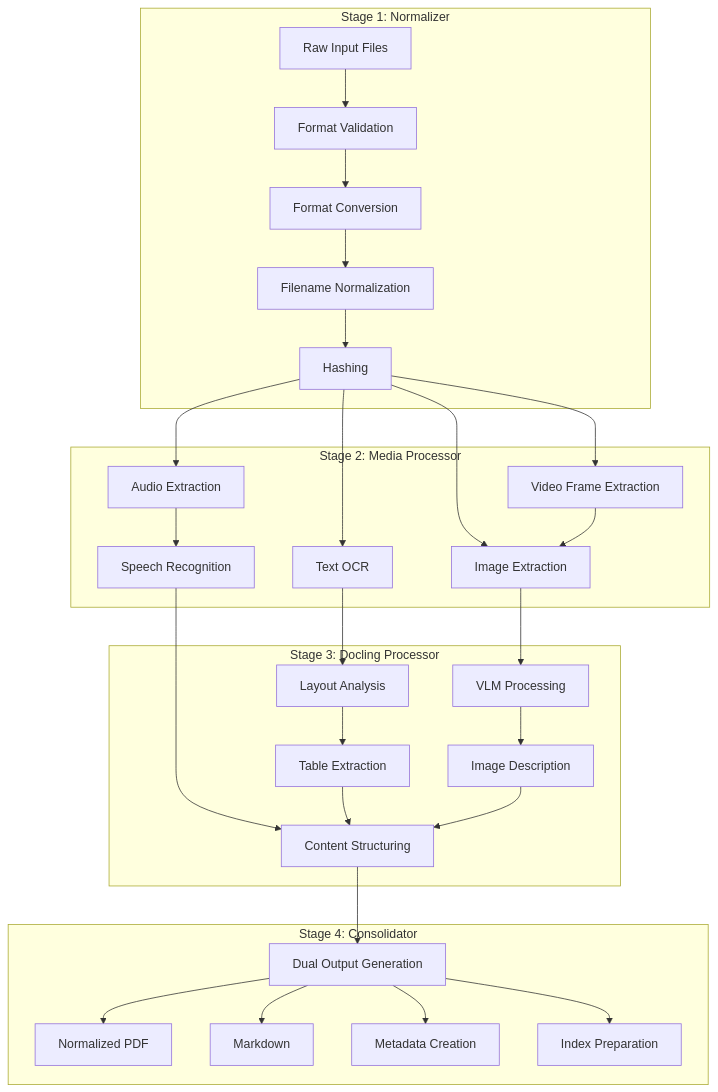
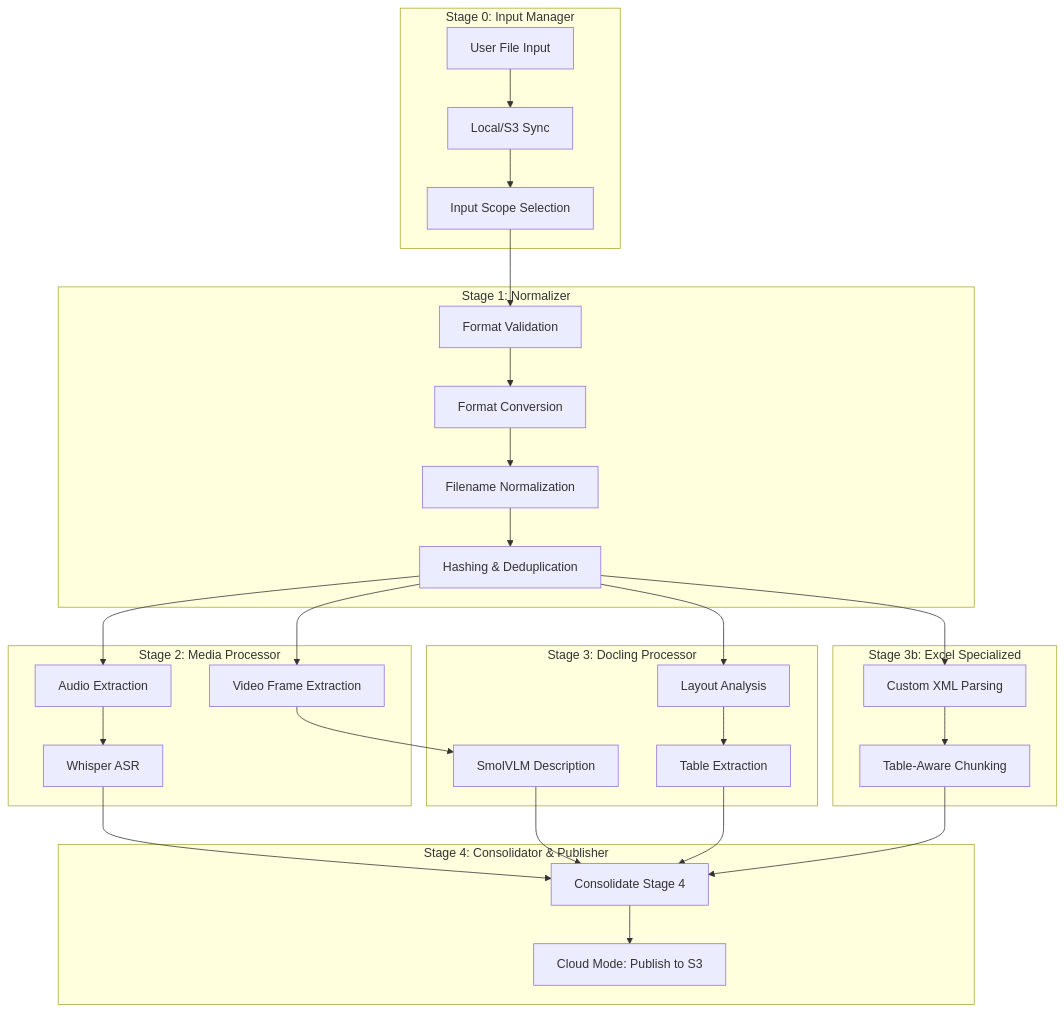
Before and after one commit to pdz1804/capstone-project: the third of 13 diagrams in docs/system_modeling.md, drawn with Mermaid. The commit also changed other lines of this file and 9 other files, not shown here.

````diff
--- a/docs/system_modeling.md
+++ b/docs/system_modeling.md
@@ -203,61 +224,61 @@
 ```mermaid
 flowchart TD
+    subgraph "Stage 0: Input Manager"
+        Raw[User File Input]
+        Sync[Local/S3 Sync]
+        Prepare[Input Scope Selection]
+    end
+
     subgraph "Stage 1: Normalizer"
-        Input[Raw Input Files]
         Validate[Format Validation]
         Convert[Format Conversion]
         Normalize[Filename Normalization]
-        Hash[Hashing]
+        Hash[Hashing & Deduplication]
     end
   
     subgraph "Stage 2: Media Processor"
         AudioExtract[Audio Extraction]
-        ASR[Speech Recognition]
+        ASR[Whisper ASR]
         VideoFrame[Video Frame Extraction]
-        OCR_Text[Text OCR]
-        ImageExtract[Image Extraction]
     end
   
     subgraph "Stage 3: Docling Processor"
         LayoutAnalysis[Layout Analysis]
         TableExtract[Table Extraction]
-        VLM_Processing[VLM Processing]
-        ImageDesc[Image Description]
-        ContentStruct[Content Structuring]
+        VLM_Processing[SmolVLM Description]
+    end
+
+    subgraph "Stage 3b: Excel Specialized"
+        ExcelParse[Custom XML Parsing]
+        ExcelTableChunks[Table-Aware Chunking]
     end
   
-    subgraph "Stage 4: Consolidator"
-        DualOutput[Dual Output Generation]
-        PDF_Norm[Normalized PDF]
-        Markdown[Markdown]
-        Metadata[Metadata Creation]
-        IndexPrep[Index Preparation]
+    subgraph "Stage 4: Consolidator & Publisher"
+        Consolidate[Consolidate Stage 4]
+        Publish[Cloud Mode: Publish to S3]
     end
   
-    Input --> Validate
+    Raw --> Sync
+    Sync --> Prepare
+    Prepare --> Validate
     Validate --> Convert
     Convert --> Normalize
     Normalize --> Hash
   
     Hash --> AudioExtract
     Hash --> VideoFrame
-    Hash --> OCR_Text
-    Hash --> ImageExtract
+    Hash --> LayoutAnalysis
+    Hash --> ExcelParse
   
     AudioExtract --> ASR
-    VideoFrame --> ImageExtract
-    OCR_Text --> LayoutAnalysis
-    ImageExtract --> VLM_Processing
+    VideoFrame --> VLM_Processing
+    LayoutAnalysis --> TableExtract
+    ExcelParse --> ExcelTableChunks
   
-    ASR --> ContentStruct
-    VLM_Processing --> ImageDesc
-    LayoutAnalysis --> TableExtract
-    TableExtract --> ContentStruct
-    ImageDesc --> ContentStruct
+    ASR --> Consolidate
+    TableExtract --> Consolidate
+    VLM_Processing --> Consolidate
+    ExcelTableChunks --> Consolidate
   
-    ContentStruct --> DualOutput
-    DualOutput --> PDF_Norm
-    DualOutput --> Markdown
-    DualOutput --> Metadata
-    DualOutput --> IndexPrep
+    Consolidate --> Publish
 ```
````
